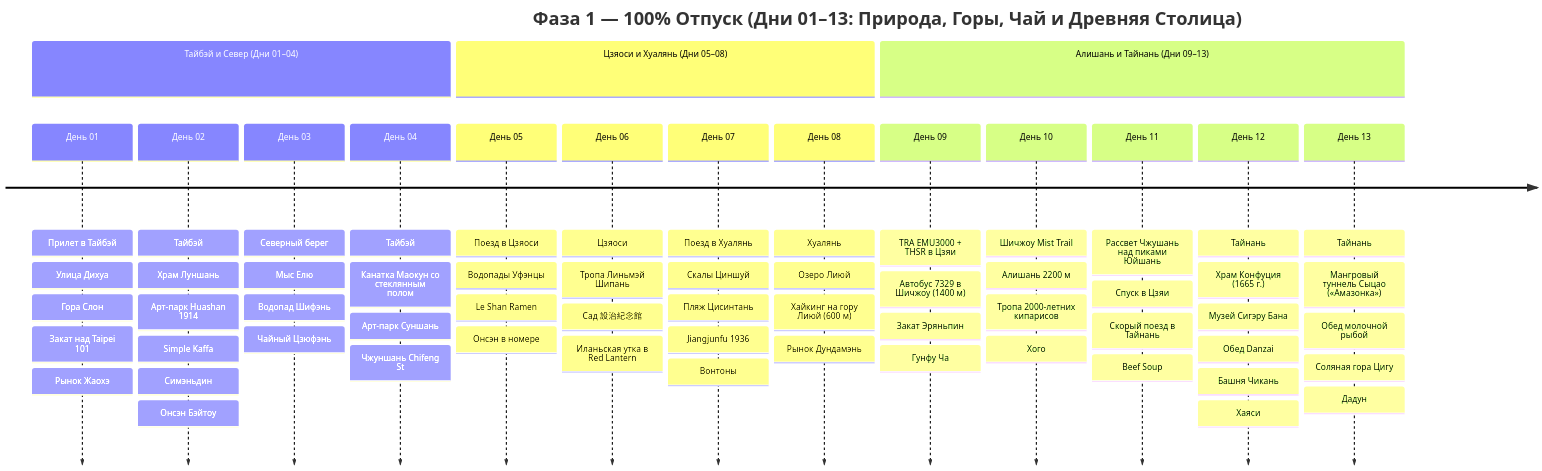
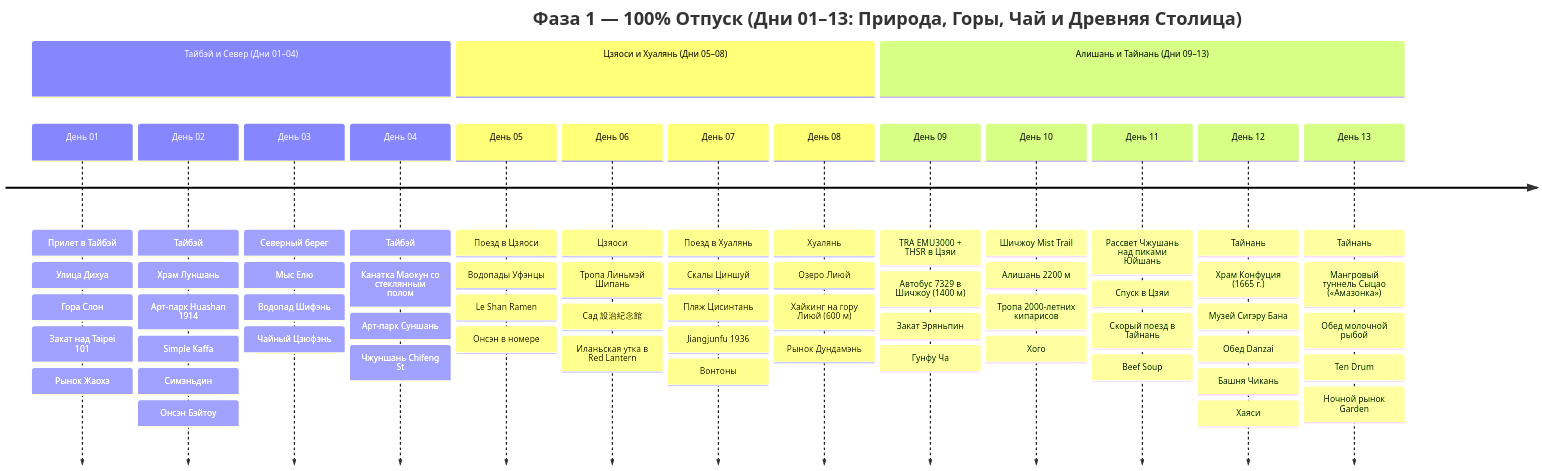
One commit to injurka/obsidian-mark changed the first of 2 diagrams in Personal Note/Travel/-- Taiwan/Taiwan.md. Above: the diagram before and after it, drawn with Mermaid. The commit also changed other lines of this file and 52 other files, not shown here.

````diff
--- a/Personal Note/Travel/-- Taiwan/Taiwan.md
+++ b/Personal Note/Travel/-- Taiwan/Taiwan.md
@@ -16,20 +16,20 @@
 ```mermaid
 timeline
     title Фаза 1 — 100% Отпуск (Дни 01–13: Природа, Горы, Чай и Древняя Столица)
     section Тайбэй и Север (Дни 01–04)
         День 01 : Прилет в Тайбэй : Улица Дихуа : Гора Слон : Закат над Taipei 101 : Рынок Жаохэ
         День 02 : Тайбэй : Храм Луншань : Арт-парк Huashan 1914 : Simple Kaffa : Симэньдин : Онсэн Бэйтоу
         День 03 : Северный берег : Мыс Елю : Водопад Шифэнь : Чайный Цзюфэнь
         День 04 : Тайбэй : Канатка Маокун со стеклянным полом : Арт-парк Суншань : Чжуншань Chifeng St
     section Цзяоси и Хуалянь (Дни 05–08)
         День 05 : Поезд в Цзяоси : Водопады Уфэнцы : Le Shan Ramen : Онсэн в номере
         День 06 : Цзяоси : Тропа Линьмэй Шипань : Сад 設治紀念館 : Иланьская утка в Red Lantern
         День 07 : Поезд в Хуалянь : Скалы Циншуй : Пляж Цисинтань : Jiangjunfu 1936 : Вонтоны
         День 08 : Хуалянь : Озеро Лиюй : Хайкинг на гору Лиюй (600 м) : Рынок Дундамэнь
     section Алишань и Тайнань (Дни 09–13)
         День 09 : TRA EMU3000 + THSR в Цзяи : Автобус 7329 в Шичжоу (1400 м) : Закат Эряньпин : Гунфу Ча
         День 10 : Шичжоу Mist Trail : Алишань 2200 м : Тропа 2000-летних кипарисов : Хого
         День 11 : Рассвет Чжушань над пиками Юйшань : Спуск в Цзяи : Скорый поезд в Тайнань : Beef Soup
         День 12 : Тайнань : Храм Конфуция (1665 г.) : Музей Сигэру Бана : Обед Danzai : Башня Чикань : Хаяси
-        День 13 : Тайнань : Мангровый туннель Сыцао («Амазонка») : Обед молочной рыбой : Соляная гора Цигу : Дадун
+        День 13 : Тайнань : Мангровый туннель Сыцао («Амазонка») : Обед молочной рыбой : Ten Drum : Ночной рынок Garden
 ```
````
